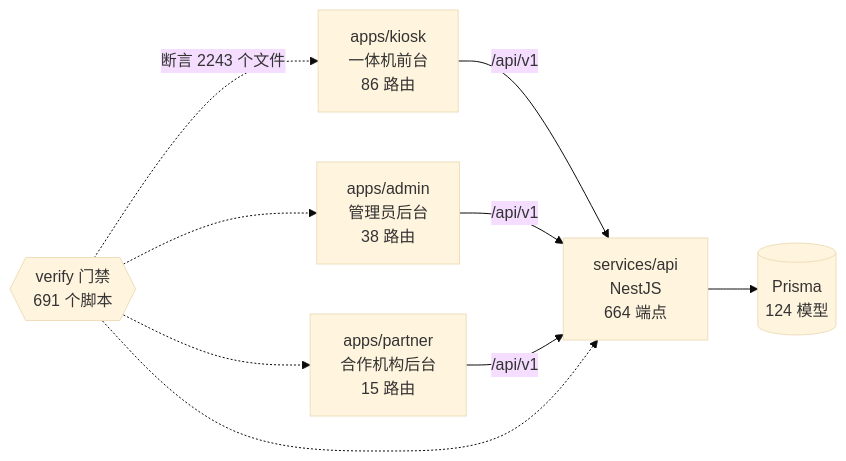
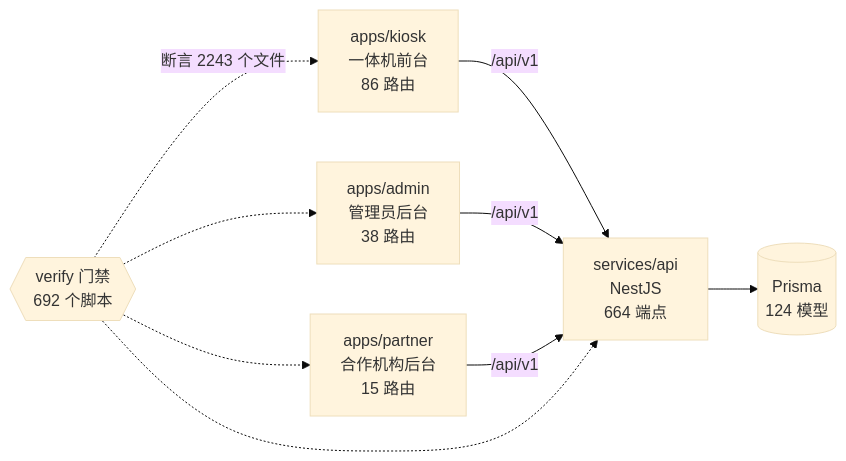
One commit to wanglei581/YITIJI changed the diagram in docs/graph/README.md. Above: the diagram before and after it, drawn with Mermaid (base theme). The commit also changed other lines of this file and 3 other files, not shown here.

````diff
--- a/docs/graph/README.md
+++ b/docs/graph/README.md
@@ -68,18 +68,18 @@
 ```mermaid
 flowchart LR
   kiosk["apps/kiosk<br/>一体机前台<br/>86 路由"]
   admin["apps/admin<br/>管理员后台<br/>38 路由"]
   partner["apps/partner<br/>合作机构后台<br/>15 路由"]
   api["services/api<br/>NestJS<br/>664 端点"]
   db[("Prisma<br/>124 模型")]
-  gates{{"verify 门禁<br/>691 个脚本"}}
+  gates{{"verify 门禁<br/>692 个脚本"}}
 
   kiosk -->|"/api/v1"| api
   admin -->|"/api/v1"| api
   partner -->|"/api/v1"| api
   api --> db
   gates -.->|"断言 2243 个文件"| kiosk
   gates -.-> admin
   gates -.-> partner
   gates -.-> api
 ```
````
